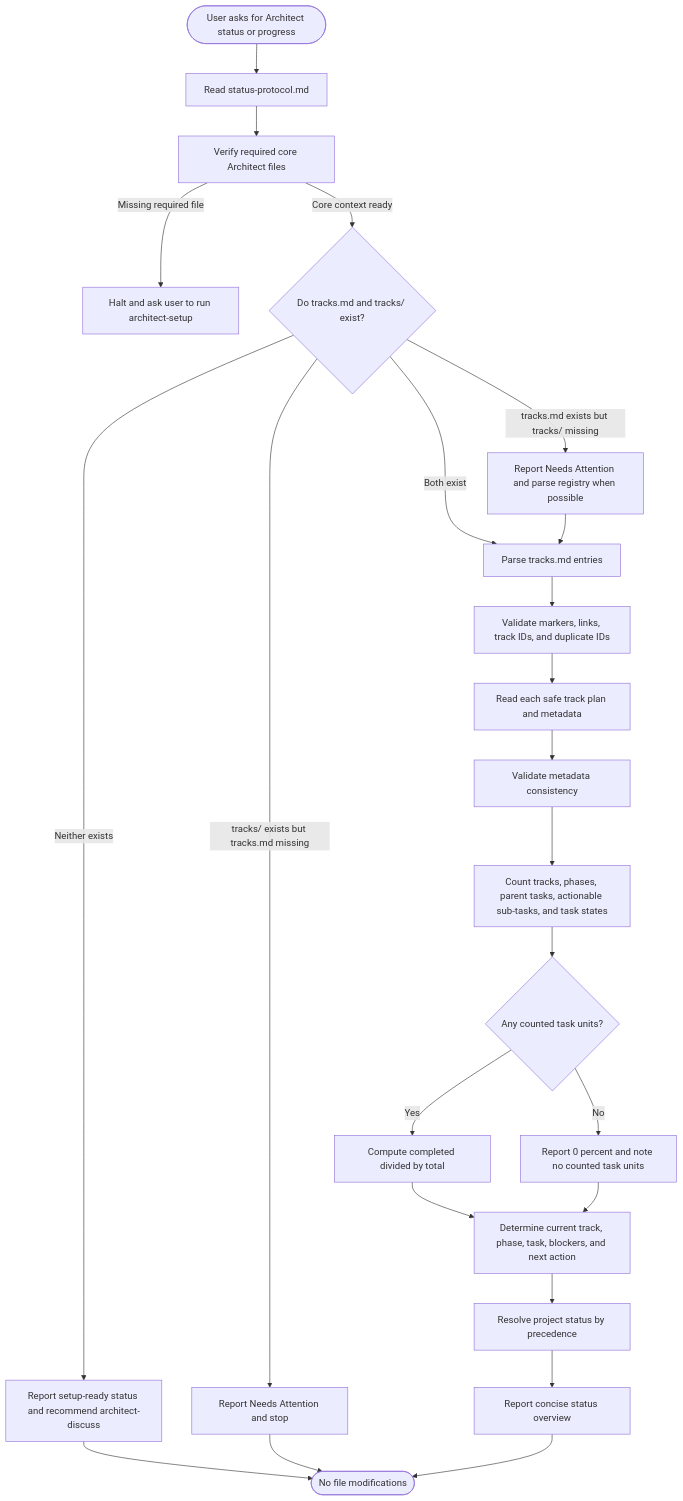
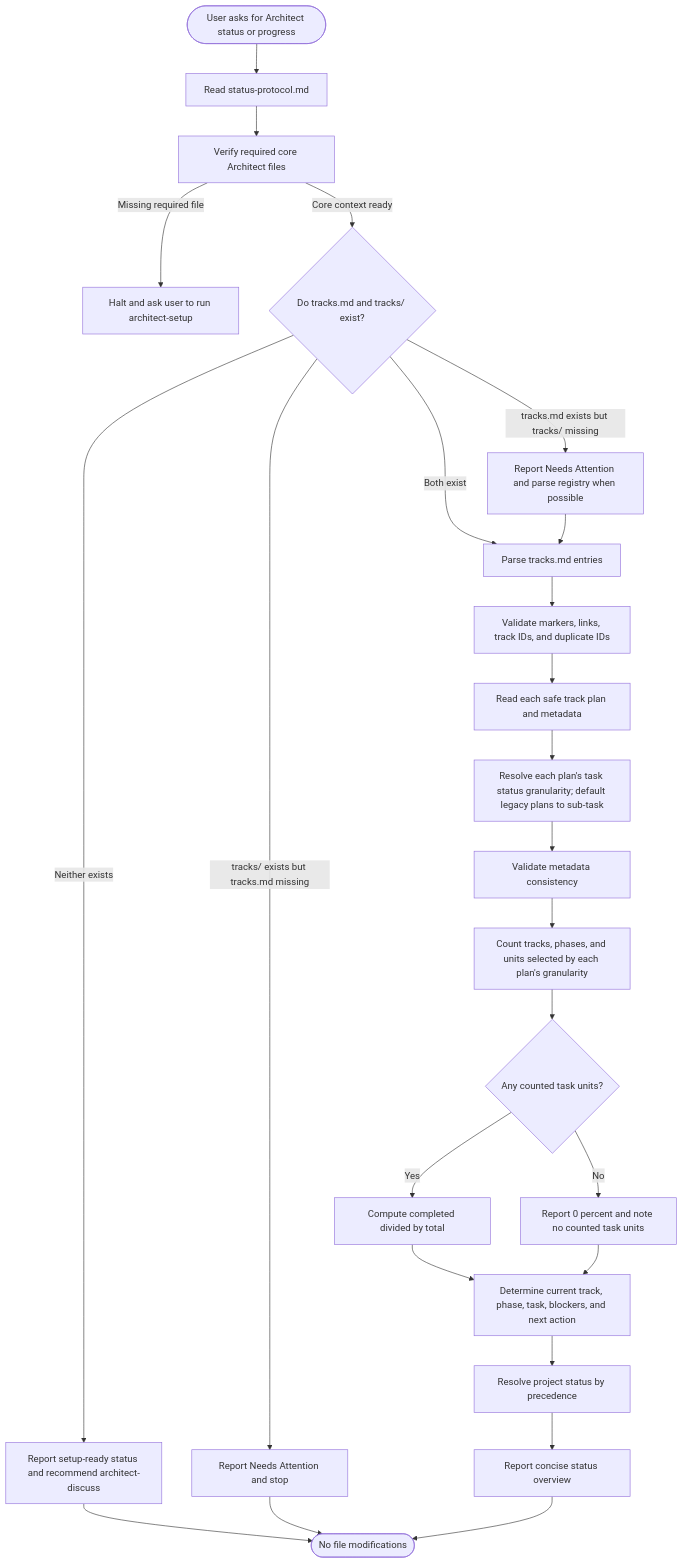
One commit to hlhr202/swe-skills changed the diagram in misc/architect/flow-charts/architect-status-flow.md. Above: the diagram before and after it, drawn with Mermaid. The commit also changed 12 other files, not shown here.

Commit message:
feat: add task status granularity

````diff
--- a/misc/architect/flow-charts/architect-status-flow.md
+++ b/misc/architect/flow-charts/architect-status-flow.md
@@ -3,29 +3,30 @@
 ```mermaid
 flowchart TD
     Start([User asks for Architect status or progress]) --> Load[Read status-protocol.md]
     Load --> SetupCheck[Verify required core Architect files]
     SetupCheck -->|Missing required file| NotSetup[Halt and ask user to run architect-setup]
     SetupCheck -->|Core context ready| TrackArtifacts{Do tracks.md and tracks/ exist?}
     TrackArtifacts -->|Neither exists| NoTracks[Report setup-ready status and recommend architect-discuss]
     TrackArtifacts -->|tracks/ exists but tracks.md missing| PartialNoRegistry[Report Needs Attention and stop]
     TrackArtifacts -->|tracks.md exists but tracks/ missing| PartialNoDirectory[Report Needs Attention and parse registry when possible]
     TrackArtifacts -->|Both exist| ParseRegistry[Parse tracks.md entries]
     NoTracks --> End
     PartialNoRegistry --> End
     PartialNoDirectory --> ParseRegistry
     ParseRegistry --> ValidateRegistry[Validate markers, links, track IDs, and duplicate IDs]
     ValidateRegistry --> ReadTracks[Read each safe track plan and metadata]
-    ReadTracks --> ValidateMetadata[Validate metadata consistency]
-    ValidateMetadata --> Count[Count tracks, phases, parent tasks, actionable sub-tasks, and task states]
+    ReadTracks --> Granularity[Resolve each plan's task status granularity; default legacy plans to sub-task]
+    Granularity --> ValidateMetadata[Validate metadata consistency]
+    ValidateMetadata --> Count[Count tracks, phases, and units selected by each plan's granularity]
     Count --> Percent{Any counted task units?}
     Percent -->|Yes| ComputePercent[Compute completed divided by total]
     Percent -->|No| ZeroPercent[Report 0 percent and note no counted task units]
     ComputePercent --> Current[Determine current track, phase, task, blockers, and next action]
     ZeroPercent --> Current
     Current --> ProjectStatus[Resolve project status by precedence]
     ProjectStatus --> Report[Report concise status overview]
     Report --> End([No file modifications])
 
     %% This read-only status skill has no human-in-the-loop decision prompt.
     classDef human fill:#fff3cd,stroke:#f0ad4e,stroke-width:2px,color:#111;
 ```
````
